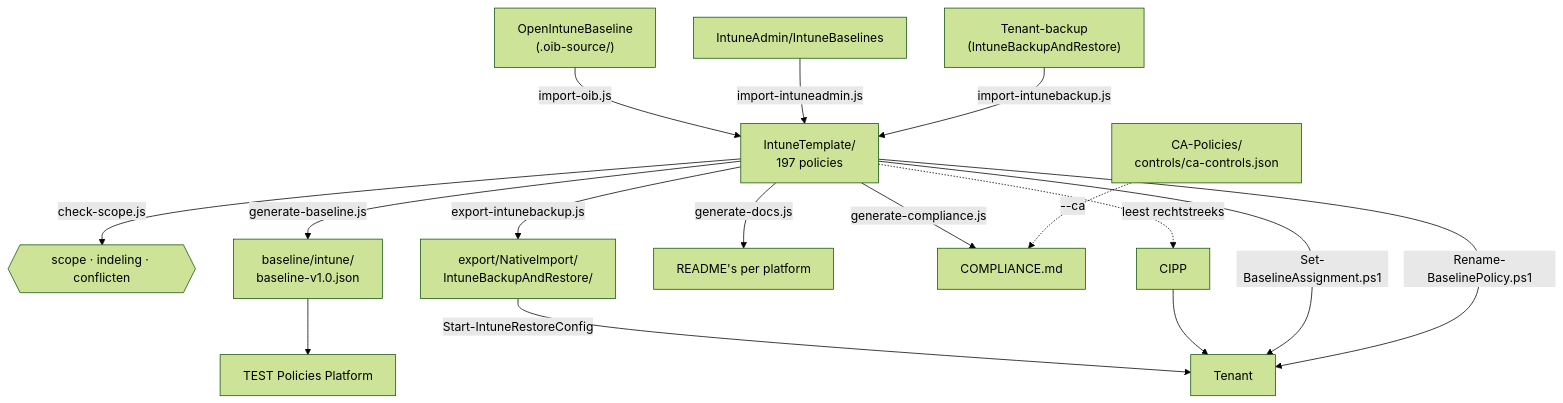
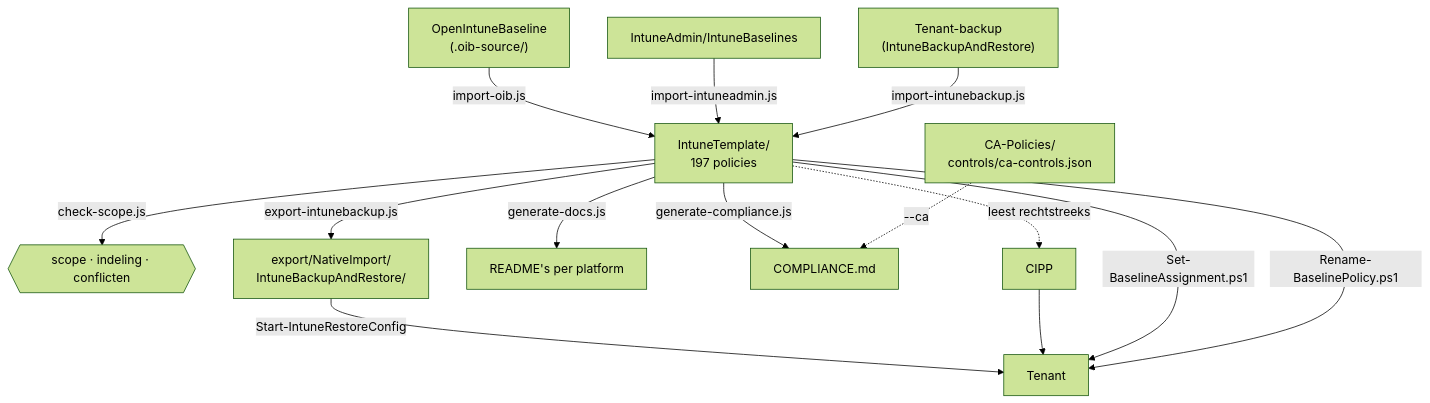
One commit to sjkanon/IntuneBackup changed the diagram in scripts/README.md. Above: the diagram before and after it, drawn with Mermaid (forest theme). The commit also changed other lines of this file and 678 other files, not shown here.

First line of the commit message:
TEST Policies Platform eruit

````diff
--- a/scripts/README.md
+++ b/scripts/README.md
@@ -9,19 +9,17 @@
 ```mermaid
 flowchart TD
   OIB["OpenIntuneBaseline<br/>(.oib-source/)"] -->|import-oib.js| T
   IA["IntuneAdmin/IntuneBaselines"] -->|import-intuneadmin.js| T
   TEN["Tenant-backup<br/>(IntuneBackupAndRestore)"] -->|import-intunebackup.js| T
   T["IntuneTemplate/<br/>197 policies"]
   T -->|check-scope.js| CHK{{"scope · indeling · conflicten"}}
-  T -->|generate-baseline.js| BL["baseline/intune/<br/>baseline-v1.0.json"]
   T -->|export-intunebackup.js| EX["export/NativeImport/<br/>IntuneBackupAndRestore/"]
   T -->|generate-docs.js| DOC["README's per platform"]
   T -->|generate-compliance.js| CMP["COMPLIANCE.md"]
   CA["CA-Policies/<br/>controls/ca-controls.json"] -.->|--ca| CMP
   T -.->|leest rechtstreeks| CIPP["CIPP"]
-  BL --> PLAT["TEST Policies Platform"]
   EX -->|Start-IntuneRestoreConfig| TENANT["Tenant"]
   CIPP --> TENANT
   T -->|Set-BaselineAssignment.ps1| TENANT
   T -->|Rename-BaselinePolicy.ps1| TENANT
 ```
````
